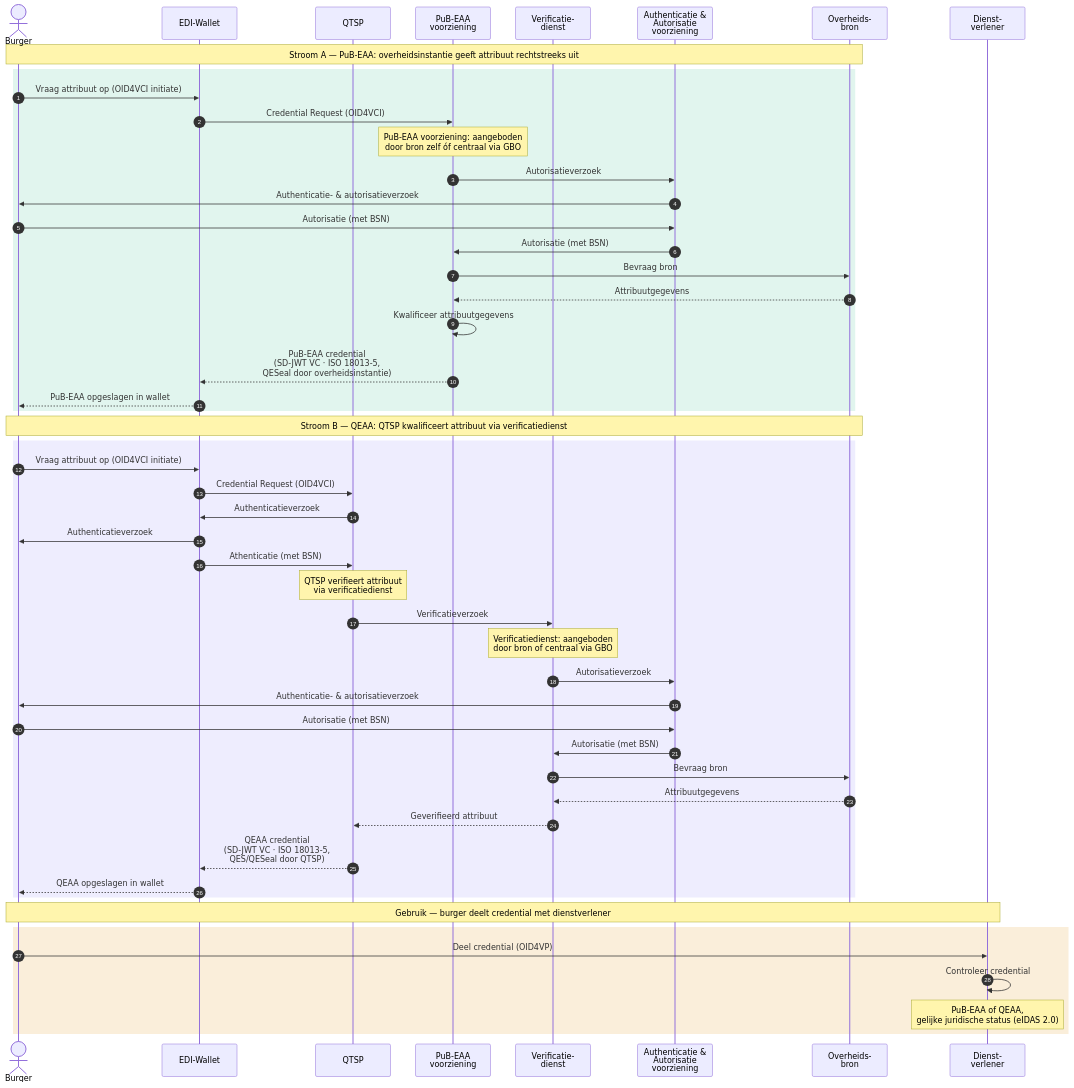
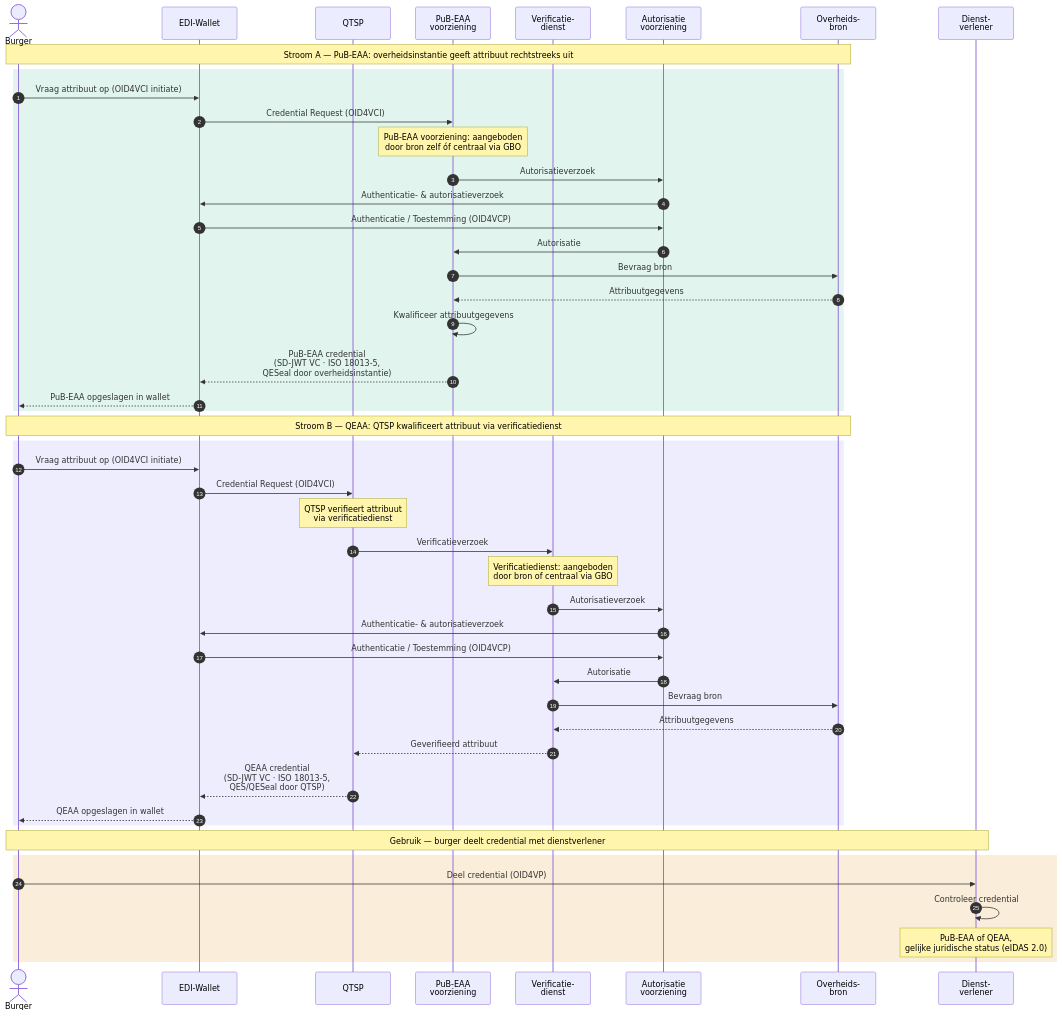
One commit to ICTU/GBO changed the diagram in docs/diagrammen/interactiepatroon-EDI-Wallet.mmd. Above: the diagram before and after it, drawn with Mermaid. The commit also changed 2 other files, not shown here.

Commit message:
Autorisatiedienst EDI-patroon

````diff
--- a/docs/diagrammen/interactiepatroon-EDI-Wallet.mmd
+++ b/docs/diagrammen/interactiepatroon-EDI-Wallet.mmd
@@ -1,61 +1,58 @@
 ``` mermaid
 
 sequenceDiagram
     autonumber
     actor Burger
     participant Wallet as EDI-Wallet
     participant QTSP as QTSP
     participant PubEAA as PuB-EAA<br/>voorziening
     participant VerifDienst as Verificatie-<br/>dienst
-    participant Auth as Authenticatie & <br />Autorisatie<br/>voorziening
+    participant Auth as Autorisatie<br/>voorziening
     participant Bron as Overheids-<br/>bron
     participant DV as Dienst-<br/>verlener
 
     Note over Burger,Bron: Stroom A — PuB-EAA: overheidsinstantie geeft attribuut rechtstreeks uit
 
     rect rgb(225, 245, 238)
         Burger->>Wallet: Vraag attribuut op (OID4VCI initiate)
         Wallet->>PubEAA: Credential Request (OID4VCI)
         Note over PubEAA: PuB-EAA voorziening: aangeboden<br/>door bron zelf óf centraal via GBO
         PubEAA->>Auth: Autorisatieverzoek
-        Auth->>Burger: Authenticatie- & autorisatieverzoek
-        Burger->>Auth: Autorisatie (met BSN)
-        Auth->>PubEAA: Autorisatie (met BSN)
+        Auth->>Wallet: Authenticatie- & autorisatieverzoek
+        Wallet->>Auth: Authenticatie / Toestemming (OID4VCP)
+        Auth->>PubEAA: Autorisatie
         PubEAA->>Bron: Bevraag bron
         Bron-->>PubEAA: Attribuutgegevens
         PubEAA->>PubEAA: Kwalificeer attribuutgegevens
         PubEAA-->>Wallet: PuB-EAA credential<br/>(SD-JWT VC · ISO 18013-5,<br/>QESeal door overheidsinstantie)
         Wallet-->>Burger: PuB-EAA opgeslagen in wallet
     end
 
     Note over Burger,Bron: Stroom B — QEAA: QTSP kwalificeert attribuut via verificatiedienst
 
     rect rgb(238, 237, 254)
         Burger->>Wallet: Vraag attribuut op (OID4VCI initiate)
         Wallet->>QTSP: Credential Request (OID4VCI)
-        QTSP->>Wallet: Authenticatieverzoek
-        Wallet->>Burger: Authenticatieverzoek
-        Wallet->>QTSP: Athenticatie (met BSN)
         Note over QTSP: QTSP verifieert attribuut<br/>via verificatiedienst
         QTSP->>VerifDienst: Verificatieverzoek
         Note over VerifDienst: Verificatiedienst: aangeboden<br/>door bron of centraal via GBO
         VerifDienst->>Auth: Autorisatieverzoek
-        Auth->>Burger: Authenticatie- & autorisatieverzoek
-        Burger->>Auth: Autorisatie (met BSN)
-        Auth->>VerifDienst: Autorisatie (met BSN)
+        Auth->>Wallet: Authenticatie- & autorisatieverzoek
+        Wallet->>Auth: Authenticatie / Toestemming (OID4VCP)
+        Auth->>VerifDienst: Autorisatie
         VerifDienst->>Bron: Bevraag bron
         Bron-->>VerifDienst: Attribuutgegevens
         VerifDienst-->>QTSP: Geverifieerd attribuut
         QTSP-->>Wallet: QEAA credential<br/>(SD-JWT VC · ISO 18013-5,<br/>QES/QESeal door QTSP)
         Wallet-->>Burger: QEAA opgeslagen in wallet
     end
 
     Note over Burger,DV: Gebruik — burger deelt credential met dienstverlener
 
     rect rgb(250, 238, 218)
         Burger->>DV: Deel credential (OID4VP)
         DV->>DV: Controleer credential
         Note over DV: PuB-EAA of QEAA,<br/>gelijke juridische status (eIDAS 2.0)
     end
 
 ```
````
